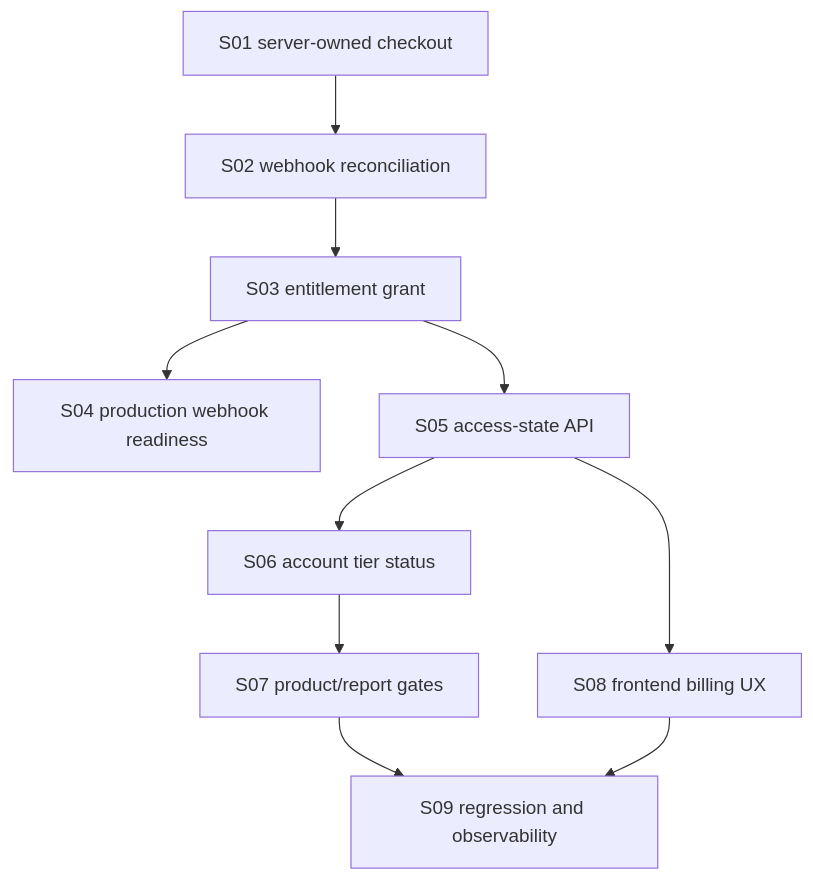
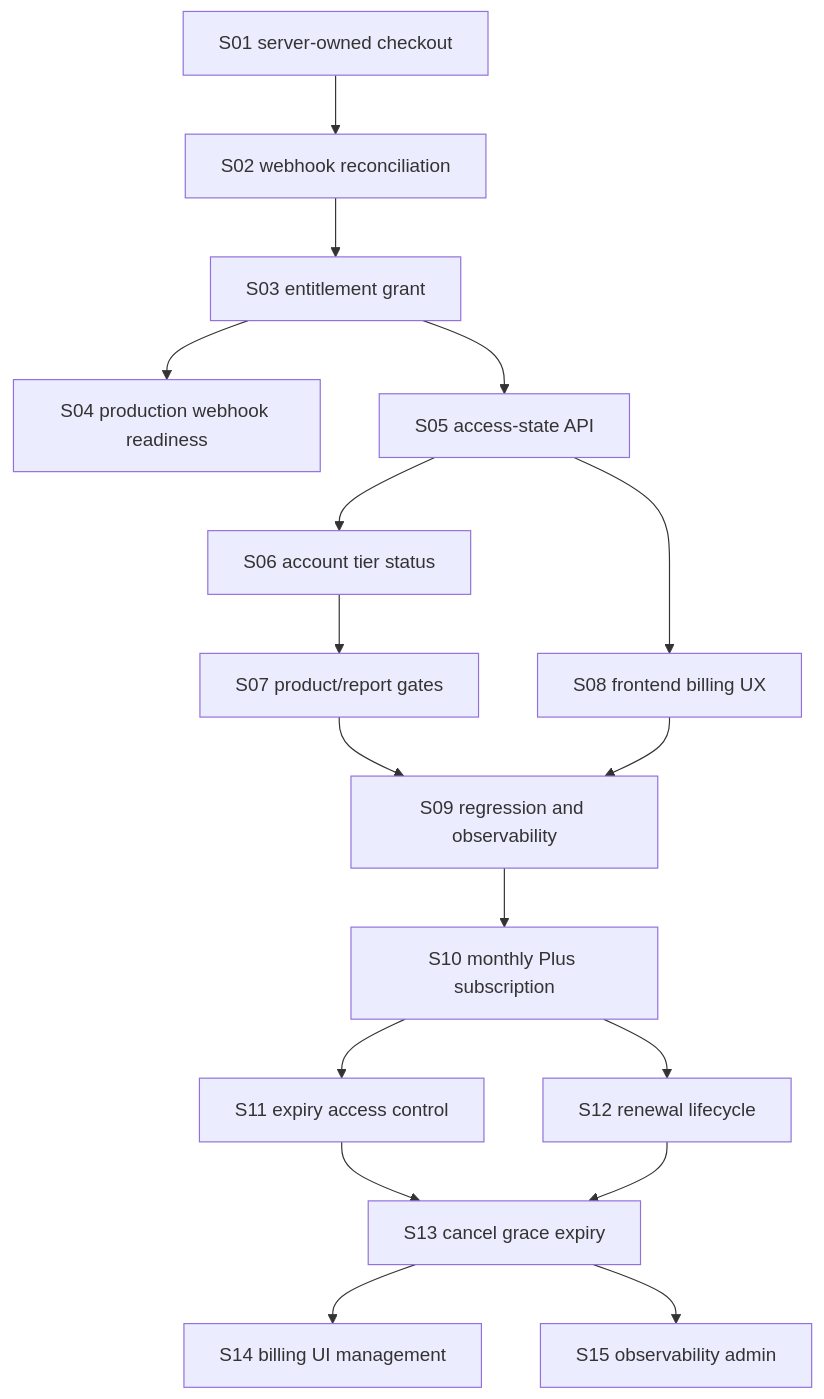
Before and after one commit to fixemer90-stack/Archemap: the diagram in docs/features/E6-billing-subscriptions/FEATURE.md, drawn with Mermaid. The commit also changed other lines of this file and 14 other files, not shown here.

Commit message:
docs: specify monthly Plus subscription lifecycle

````diff
--- a/docs/features/E6-billing-subscriptions/FEATURE.md
+++ b/docs/features/E6-billing-subscriptions/FEATURE.md
@@ -126,12 +153,19 @@
 ```mermaid
 flowchart TD
   S01[S01 server-owned checkout] --> S02[S02 webhook reconciliation]
   S02 --> S03[S03 entitlement grant]
   S03 --> S04[S04 production webhook readiness]
   S03 --> S05[S05 access-state API]
   S05 --> S06[S06 account tier status]
   S05 --> S08[S08 frontend billing UX]
   S06 --> S07[S07 product/report gates]
   S07 --> S09[S09 regression and observability]
   S08 --> S09
+  S09 --> S10[S10 monthly Plus subscription]
+  S10 --> S11[S11 expiry access control]
+  S10 --> S12[S12 renewal lifecycle]
+  S11 --> S13[S13 cancel grace expiry]
+  S12 --> S13
+  S13 --> S14[S14 billing UI management]
+  S13 --> S15[S15 observability admin]
 ```
````
